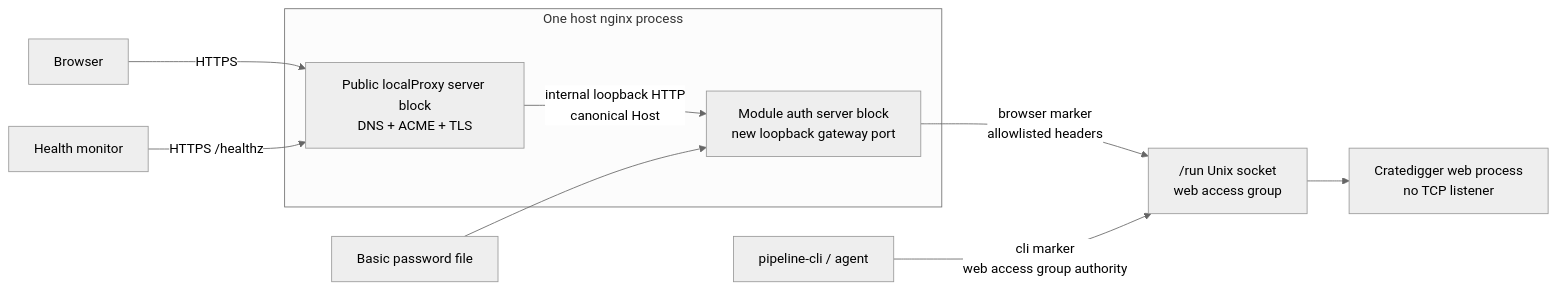
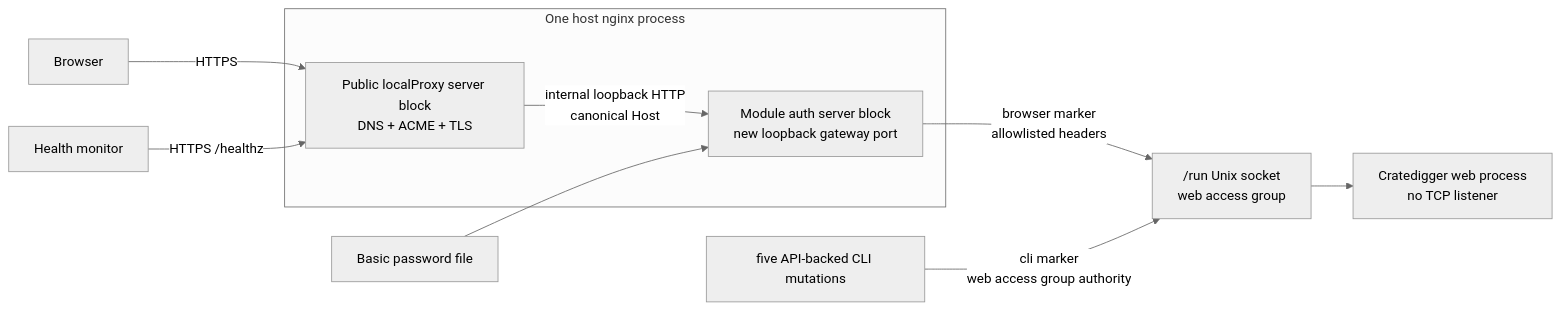
Before and after one commit to abl030/cratedigger: the first of 4 diagrams in docs/plans/2026-07-28-002-fix-web-authentication-perimeter-plan.md, drawn with Mermaid (neutral theme). The commit also changed other lines of this file and 40 other files, not shown here.

````diff
--- a/docs/plans/2026-07-28-002-fix-web-authentication-perimeter-plan.md
+++ b/docs/plans/2026-07-28-002-fix-web-authentication-perimeter-plan.md
@@ -471,14 +479,14 @@
 ```mermaid
 flowchart LR
     B["Browser"] -->|"HTTPS"| OP
     subgraph N["One host nginx process"]
         OP["Public localProxy server block<br/>DNS + ACME + TLS"]
         GW["Module auth server block<br/>new loopback gateway port"]
     end
     OP -->|"internal loopback HTTP<br/>canonical Host"| GW
     BA["Basic password file"] --> GW
     GW -->|"browser marker<br/>allowlisted headers"| US["/run Unix socket<br/>web access group"]
-    CLI["pipeline-cli / agent"] -->|"cli marker<br/>web access group authority"| US
+    CLI["five API-backed CLI mutations"] -->|"cli marker<br/>web access group authority"| US
     US --> APP["Cratedigger web process<br/>no TCP listener"]
     HM["Health monitor"] -->|"HTTPS /healthz"| OP
 ```
````
